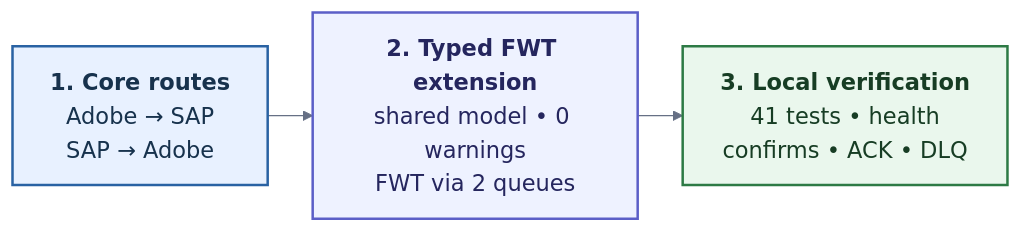
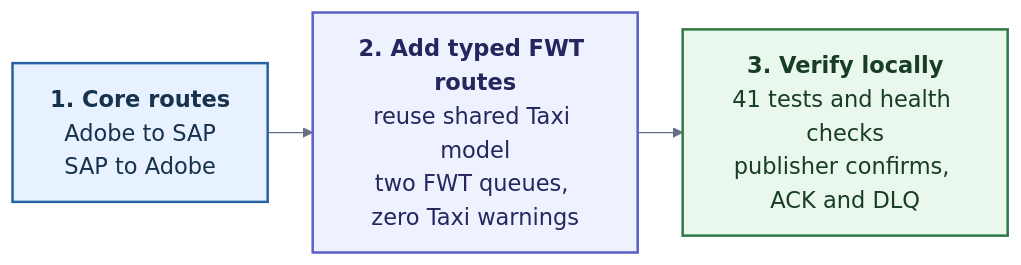
Before and after one commit to c0d3rb4b4/orbital-poc: the diagram in docs/assets/case-study-journey.mmd, drawn with Mermaid. The commit also changed 8 other files, not shown here.

First line of the commit message:
Refactor case study documentation and architecture diagrams for clarity and consistency

```diff
--- a/docs/assets/case-study-journey.mmd
+++ b/docs/assets/case-study-journey.mmd
@@ -1,29 +1,29 @@
 %%{init: {
   "theme": "base",
   "themeVariables": {
     "fontFamily": "Arial",
     "fontSize": "18px",
     "lineColor": "#667085",
     "primaryTextColor": "#17365D"
   },
   "flowchart": {
     "curve": "linear",
     "nodeSpacing": 32,
     "rankSpacing": 36,
     "diagramPadding": 18,
     "htmlLabels": true
   }
 }}%%
 flowchart LR
-    A["<b>1. Core routes</b><br/>Adobe → SAP<br/>SAP → Adobe"]
-    B["<b>2. Typed FWT extension</b><br/>shared model • 0 warnings<br/>FWT via 2 queues"]
-    C["<b>3. Local verification</b><br/>41 tests • health<br/>confirms • ACK • DLQ"]
+    A["<b>1. Core routes</b><br/>Adobe to SAP<br/>SAP to Adobe"]
+    B["<b>2. Add typed FWT routes</b><br/>reuse shared Taxi model<br/>two FWT queues, zero Taxi warnings"]
+    C["<b>3. Verify locally</b><br/>41 tests and health checks<br/>publisher confirms, ACK and DLQ"]
 
     A --> B --> C
 
     classDef first fill:#E8F1FF,stroke:#2962A3,stroke-width:2px,color:#17324D;
     classDef middle fill:#EEF2FF,stroke:#5B5FC7,stroke-width:2px,color:#25265E;
     classDef final fill:#EAF7ED,stroke:#2D7A45,stroke-width:2px,color:#173D24;
     class A first;
     class B middle;
     class C final;
```
